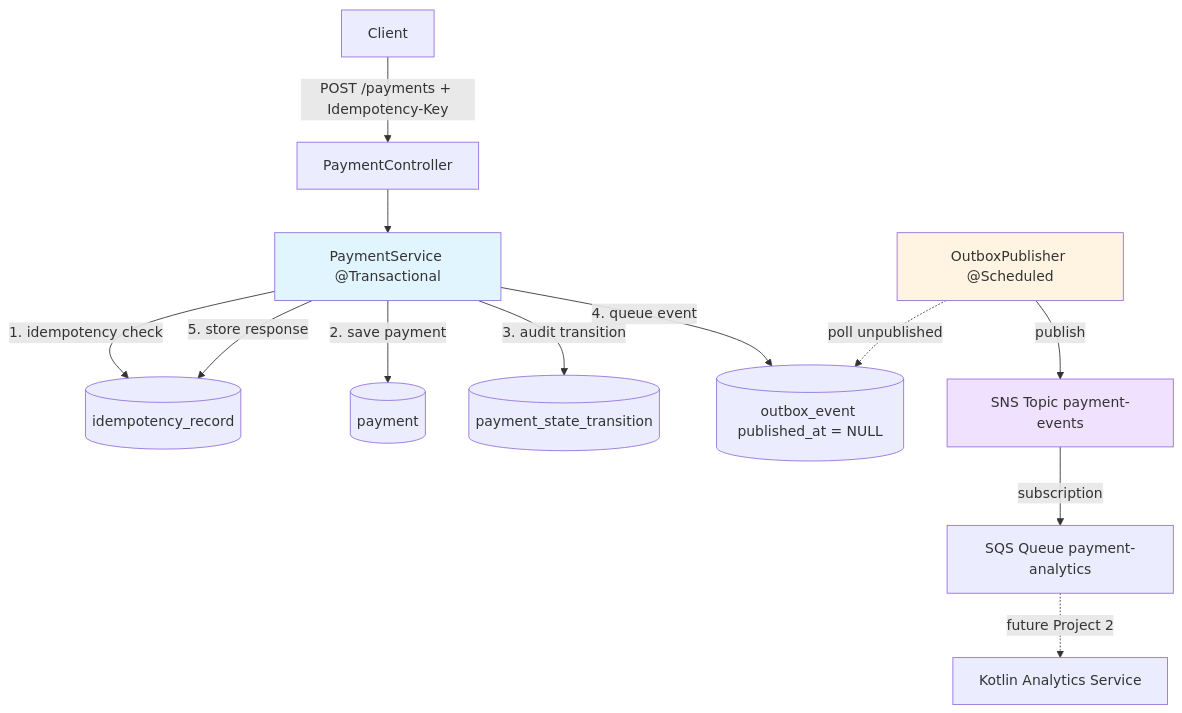
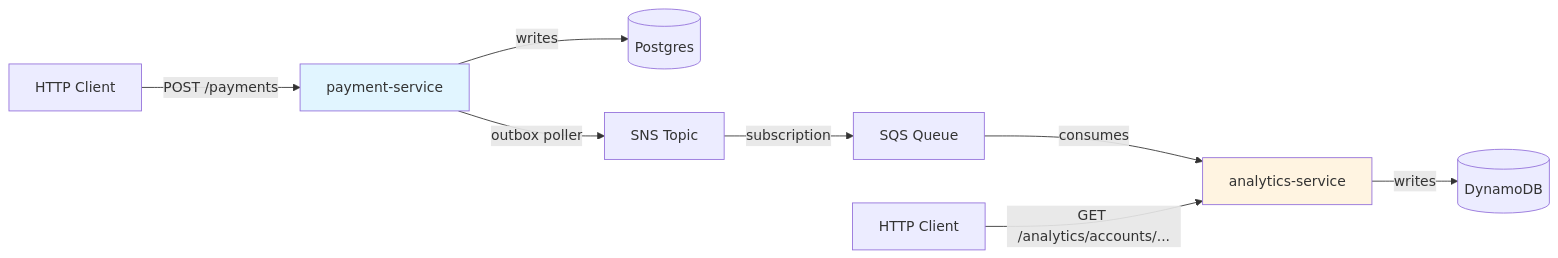
Before and after one commit to belberdai/novapay: the diagram in README.md, drawn with Mermaid. The commit also changed other lines of this file and 2 other files, not shown here.

First line of the commit message:
docs: update architecture documentation and service-specific READMEs (#25)

````diff
--- a/README.md
+++ b/README.md
@@ -28,20 +39,15 @@
 ```mermaid
-graph TB
-  Client[Client] -->|"POST /payments + Idempotency-Key"| API[PaymentController]
-  API --> Service["PaymentService @Transactional"]
+graph LR
+  Client[HTTP Client] -->|"POST /payments"| PaymentSvc[payment-service]
 
-  Service -->|"1. idempotency check"| IDB[(idempotency_record)]
-  Service -->|"2. save payment"| PDB[(payment)]
-  Service -->|"3. audit transition"| TDB[(payment_state_transition)]
-  Service -->|"4. queue event"| ODB[("outbox_event published_at = NULL")]
-  Service -->|"5. store response"| IDB
+  PaymentSvc -->|"writes"| Postgres[(Postgres)]
+  PaymentSvc -->|"outbox poller"| SNS[SNS Topic]
+  SNS -->|"subscription"| SQS[SQS Queue]
+  SQS -->|"consumes"| AnalyticsSvc[analytics-service]
+  AnalyticsSvc -->|"writes"| DynamoDB[(DynamoDB)]
 
-  Poller["OutboxPublisher @Scheduled"] -.->|"poll unpublished"| ODB
-  Poller -->|"publish"| SNS["SNS Topic payment-events"]
-  SNS -->|"subscription"| SQS["SQS Queue payment-analytics"]
-  SQS -.->|"future Project 2"| Analytics[Kotlin Analytics Service]
+  Client2[HTTP Client] -->|"GET /analytics/accounts/..."| AnalyticsSvc
 
-  style Service fill:#e1f5ff
-  style Poller fill:#fff4e1
-  style SNS fill:#f0e1ff
+  style PaymentSvc fill:#e1f5ff
+  style AnalyticsSvc fill:#fff4e1
 ```
````
